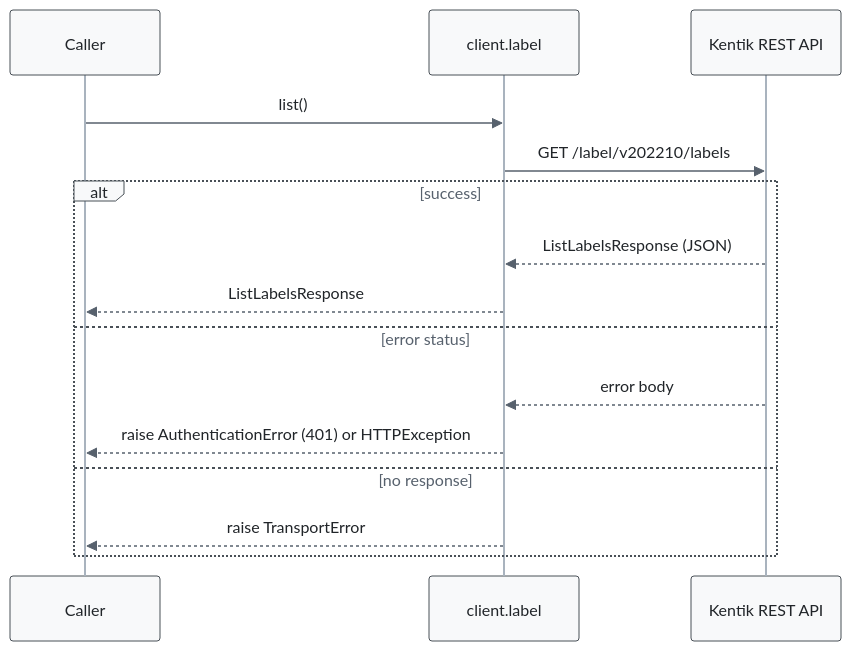
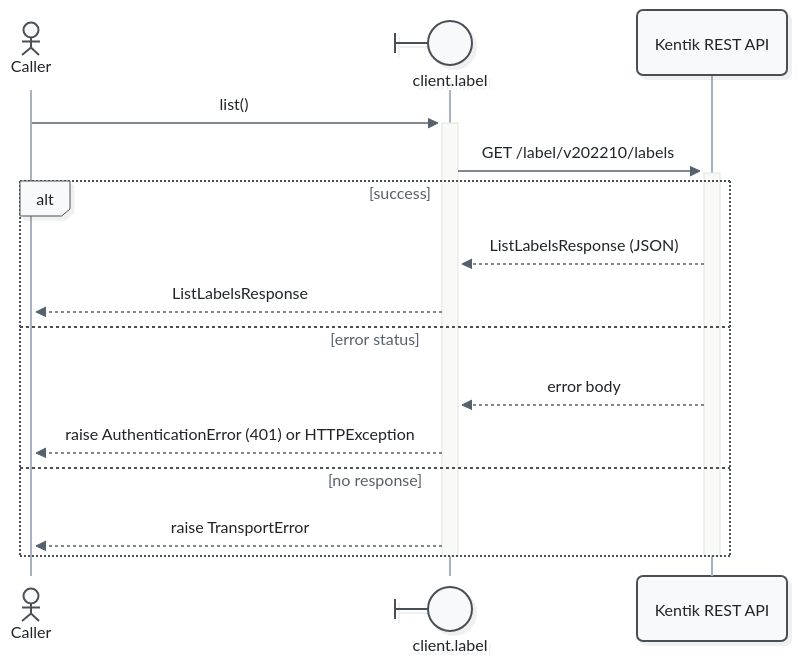
Before and after one commit to alexdearaujo/community_sdk_python: the first of 9 diagrams in docs/sphinx/services/label.md, drawn with Mermaid. The commit also changed other lines of this file and 52 other files, not shown here.

First line of the commit message:
docs: Mermaid 12 sequence diagrams with participant types and path colors

````diff
--- a/docs/sphinx/services/label.md
+++ b/docs/sphinx/services/label.md
@@ -33,19 +33,21 @@
 ```mermaid
-%%{init: {"theme": "base", "fontFamily": "ui-monospace, SFMono-Regular, Menlo, monospace", "themeVariables": {"fontFamily": "ui-monospace, SFMono-Regular, Menlo, monospace", "primaryColor": "#f8f9fa", "primaryBorderColor": "#495057", "primaryTextColor": "#212529", "textColor": "#212529", "lineColor": "#77818c", "edgeLabelBackground": "#ffffff", "actorBkg": "#f8f9fa", "actorBorder": "#495057", "actorTextColor": "#212529", "actorLineColor": "#a9b3be", "signalColor": "#57616d", "signalTextColor": "#212529", "labelBoxBkgColor": "#f8f9fa", "labelBoxBorderColor": "#495057", "labelTextColor": "#212529", "loopTextColor": "#57616d", "noteBkgColor": "#fff9db", "noteBorderColor": "#f08c00", "noteTextColor": "#a35a00"}, "flowchart": {"curve": "step", "nodeSpacing": 30, "rankSpacing": 70, "wrappingWidth": 400}}}%%
+%%{init: {"theme": "redux", "look": "neo", "layout": "dagre", "fontFamily": "ui-monospace, SFMono-Regular, Menlo, monospace", "themeVariables": {"fontFamily": "ui-monospace, SFMono-Regular, Menlo, monospace", "primaryColor": "#f8f9fa", "primaryBorderColor": "#495057", "primaryTextColor": "#212529", "textColor": "#212529", "lineColor": "#77818c", "edgeLabelBackground": "#ffffff", "actorBkg": "#f8f9fa", "actorBorder": "#495057", "actorTextColor": "#212529", "actorLineColor": "#a9b3be", "signalColor": "#57616d", "signalTextColor": "#212529", "labelBoxBkgColor": "#f8f9fa", "labelBoxBorderColor": "#495057", "labelTextColor": "#212529", "loopTextColor": "#57616d", "noteBkgColor": "#fff9db", "noteBorderColor": "#f08c00", "noteTextColor": "#a35a00"}, "sequence": {"activationWidth": 16}, "flowchart": {"curve": "step", "nodeSpacing": 30, "rankSpacing": 70, "wrappingWidth": 400}}}%%
 sequenceDiagram
-    participant C as Caller
-    participant W as client.label
+    actor C as Caller
+    participant W@{ "type": "boundary" } as client.label
     participant API as Kentik REST API
 
-    C->>W: list()
-    W->>API: GET /label/v202210/labels
+    C->>+W: list()
+    W->>+API: GET /label/v202210/labels
     alt success
         API-->>W: ListLabelsResponse (JSON)
         W-->>C: ListLabelsResponse
     else error status
         API-->>W: error body
         W-->>C: raise AuthenticationError (401) or HTTPException
     else no response
         W-->>C: raise TransportError
     end
+    deactivate API
+    deactivate W
 ```
````
